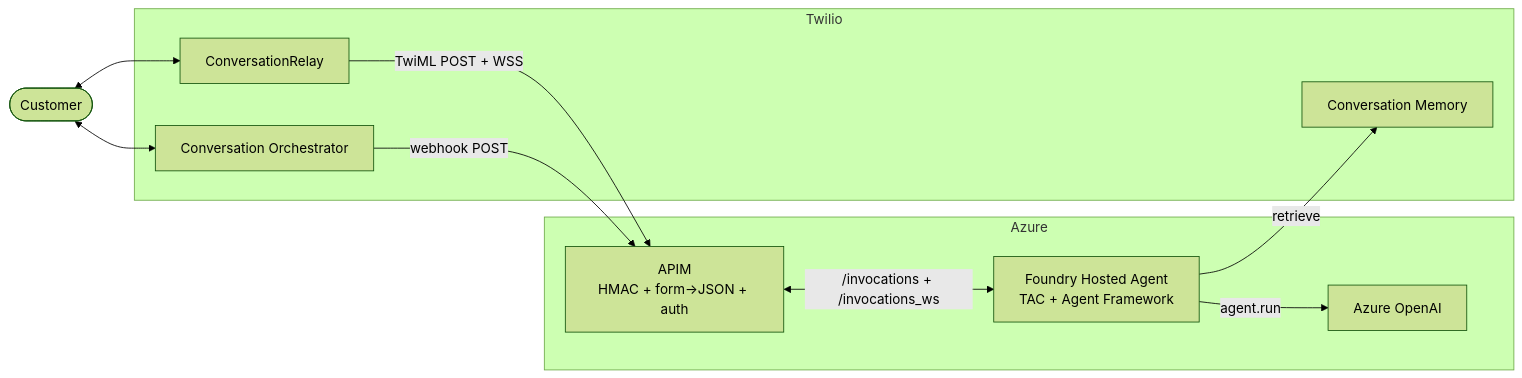
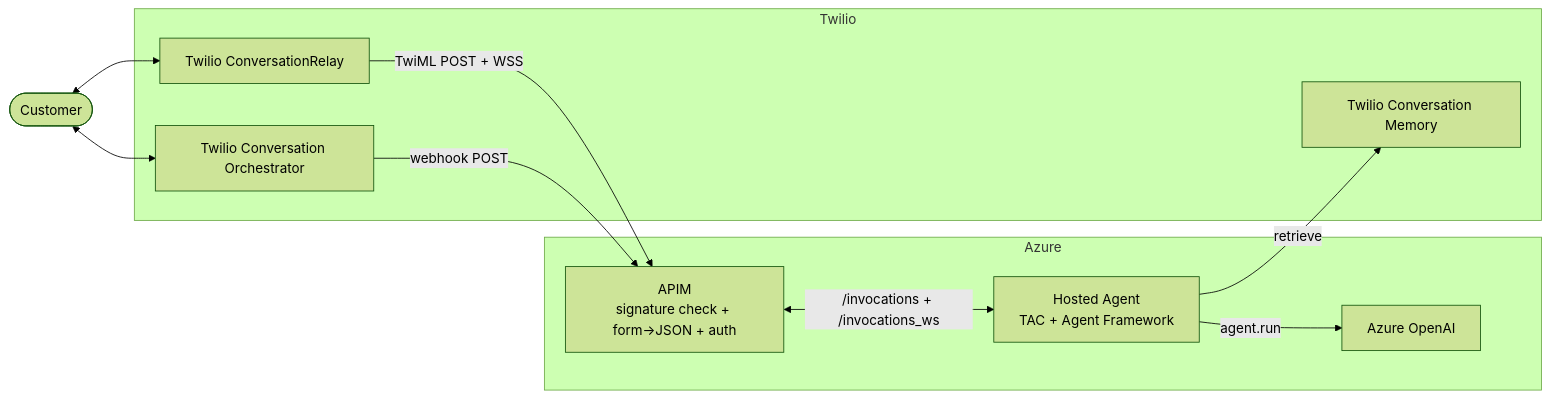
One commit to twilio/twilio-agent-connect-microsoft changed the diagram in deploy/agent_framework_hosted_agents/README.md. Above: the diagram before and after it, drawn with Mermaid (forest theme). The commit also changed other lines of this file, not shown here.

First line of the commit message:
docs(hosted-agents): rename to "Hosted Agents in Foundry Agent Service" + simplify README

````diff
--- a/deploy/agent_framework_hosted_agents/README.md
+++ b/deploy/agent_framework_hosted_agents/README.md
@@ -12,24 +13,24 @@
 ```mermaid
 graph LR
     Customer([Customer])
 
     subgraph Twilio
-        CRelay[ConversationRelay]
-        CO[Conversation Orchestrator]
-        Memory[Conversation Memory]
+        CRelay[Twilio ConversationRelay]
+        CO[Twilio Conversation Orchestrator]
+        Memory[Twilio Conversation Memory]
     end
 
     subgraph Azure
-        APIM[APIM<br/>HMAC + form→JSON + auth]
-        Foundry[Foundry Hosted Agent<br/>TAC + Agent Framework]
+        APIM[APIM<br/>signature check + form→JSON + auth]
+        Foundry[Hosted Agent<br/>TAC + Agent Framework]
         AOAI[Azure OpenAI]
     end
 
     Customer <--> CRelay
     Customer <--> CO
     CRelay -->|TwiML POST + WSS| APIM
     CO -->|webhook POST| APIM
     APIM <-->|/invocations + /invocations_ws| Foundry
     Foundry -->|retrieve| Memory
     Foundry -->|agent.run| AOAI
 ```
````
